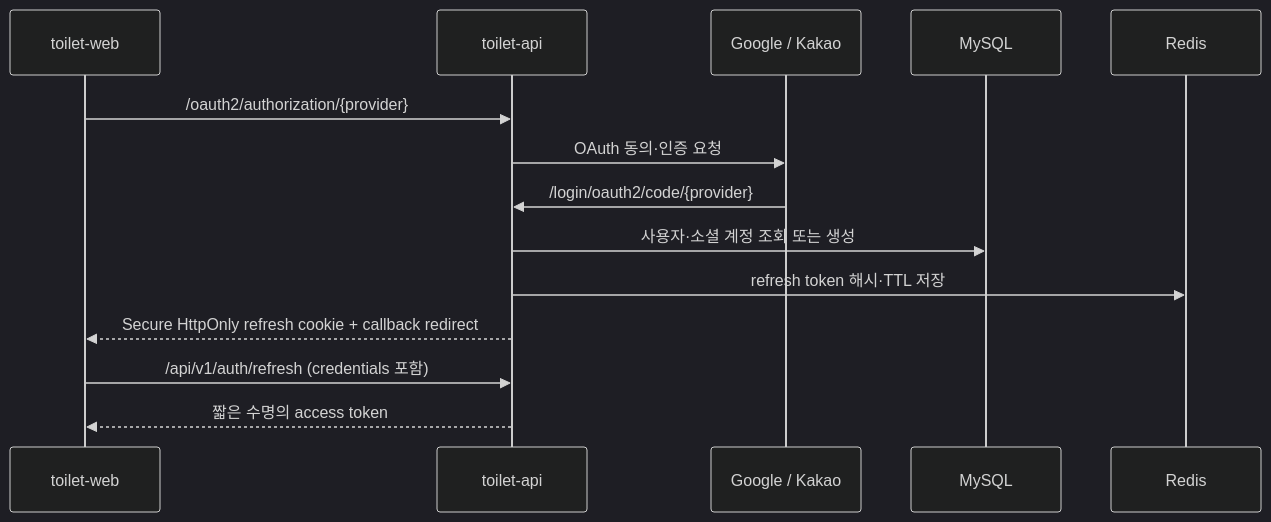
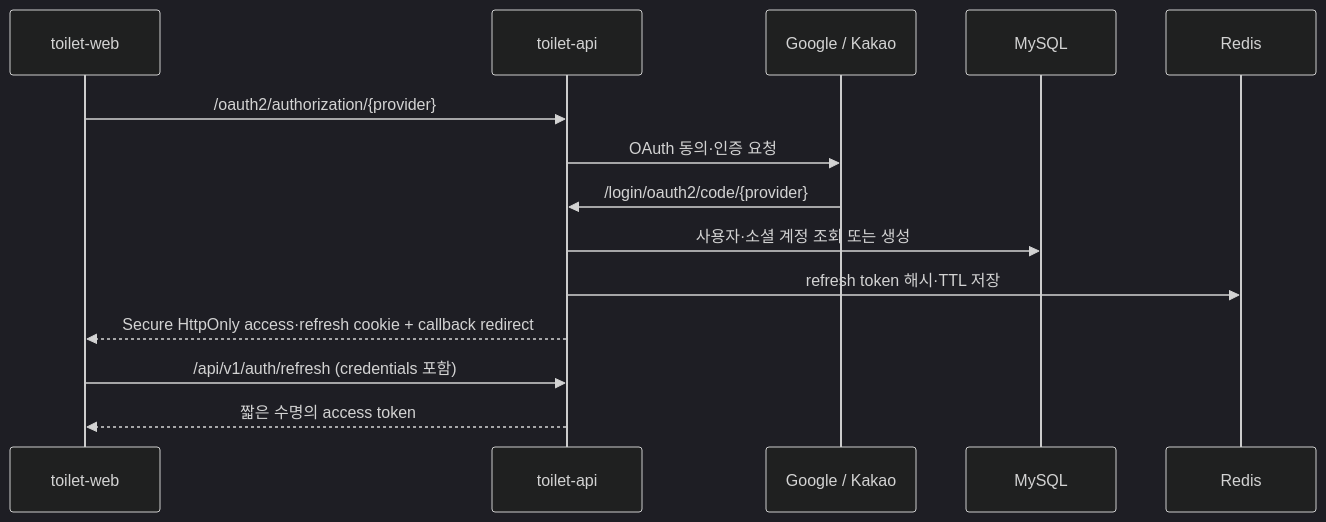
One commit to toilet-project/docs changed the first of 2 diagrams in planning/authentication-authorization-design.md. Above: the diagram before and after it, drawn with Mermaid (dark theme). The commit also changed other lines of this file and 9 other files, not shown here.

Commit message:
docs: document current operating architecture and schema

````diff
--- a/planning/authentication-authorization-design.md
+++ b/planning/authentication-authorization-design.md
@@ -17,17 +17,17 @@
 ```mermaid
 sequenceDiagram
     participant W as toilet-web
     participant A as toilet-api
     participant O as Google / Kakao
     participant D as MySQL
     participant R as Redis
 
     W->>A: /oauth2/authorization/{provider}
     A->>O: OAuth 동의·인증 요청
     O->>A: /login/oauth2/code/{provider}
     A->>D: 사용자·소셜 계정 조회 또는 생성
     A->>R: refresh token 해시·TTL 저장
-    A-->>W: Secure HttpOnly refresh cookie + callback redirect
+    A-->>W: Secure HttpOnly access·refresh cookie + callback redirect
     W->>A: /api/v1/auth/refresh (credentials 포함)
     A-->>W: 짧은 수명의 access token
 ```
````
